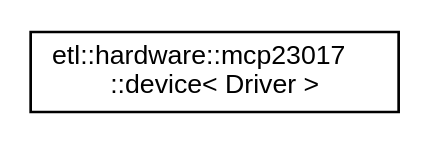
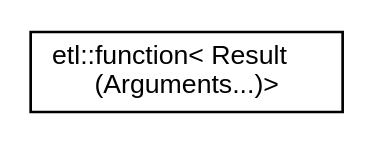
Before and after one commit to tobanteAudio/taetl: the diagram in inherit_graph_25.dot, drawn with Graphviz. The commit also changed 263 other files, not shown here.

```diff
--- a/inherit_graph_25.dot
+++ b/inherit_graph_25.dot
@@ -1,7 +1,7 @@
 digraph "Graphical Class Hierarchy"
 {
   edge [fontname="Helvetica",fontsize="10",labelfontname="Helvetica",labelfontsize="10"];
   node [fontname="Helvetica",fontsize="10",shape=record];
   rankdir="LR";
-  Node0 [label="etl::hardware::mcp23017\l::device\< Driver \>",height=0.2,width=0.4,color="black", fillcolor="white", style="filled",URL="$classetl_1_1hardware_1_1mcp23017_1_1device.html"];
+  Node0 [label="etl::function\< Result\l(Arguments...)\>",height=0.2,width=0.4,color="black", fillcolor="white", style="filled",URL="$classetl_1_1function_3_01Result_07Arguments_8_8_8_08_4.html"];
 }
```
